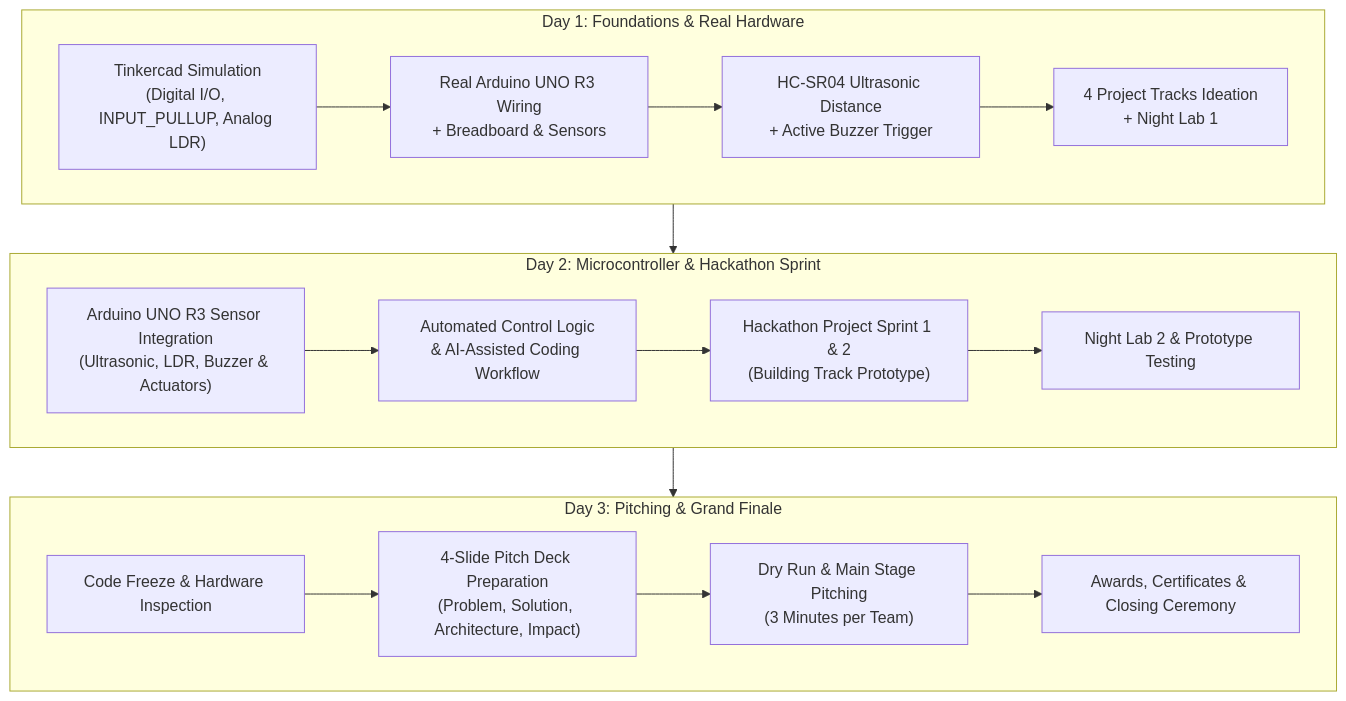
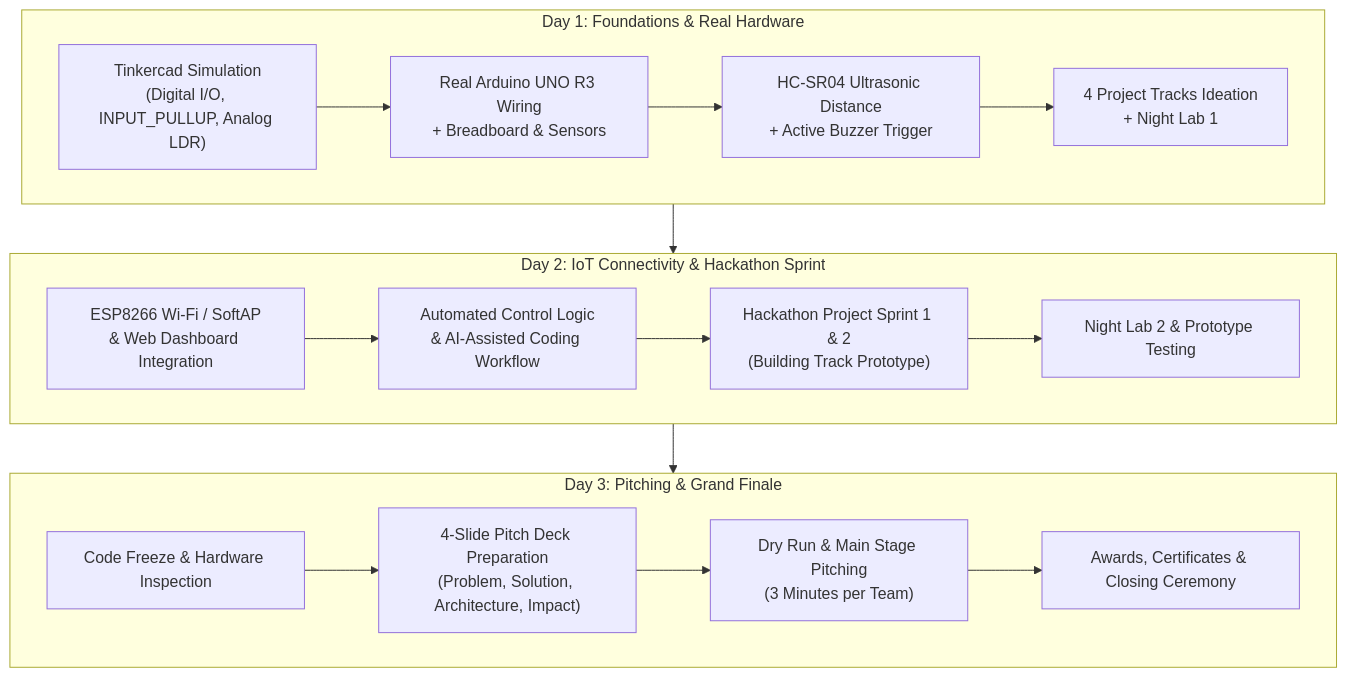
The diagram in HANDOFF.md (numcayX2/Comcamp-25th), drawn with Mermaid before and after one commit. The commit also changed other lines of this file and 21 other files, not shown here.

````diff
--- a/HANDOFF.md
+++ b/HANDOFF.md
@@ -96,22 +96,22 @@
 ```mermaid
 flowchart TD
     subgraph Day1["Day 1: Foundations & Real Hardware"]
         D1A["Tinkercad Simulation<br/>(Digital I/O, INPUT_PULLUP, Analog LDR)"] --> D1B["Real Arduino UNO R3 Wiring<br/>+ Breadboard & Sensors"]
         D1B --> D1C["HC-SR04 Ultrasonic Distance<br/>+ Active Buzzer Trigger"]
         D1C --> D1D["4 Project Tracks Ideation<br/>+ Night Lab 1"]
     end
 
-    subgraph Day2["Day 2: Microcontroller & Hackathon Sprint"]
-        D2A["Arduino UNO R3 Sensor Integration<br/>(Ultrasonic, LDR, Buzzer & Actuators)"] --> D2B["Automated Control Logic<br/>& AI-Assisted Coding Workflow"]
+    subgraph Day2["Day 2: IoT Connectivity & Hackathon Sprint"]
+        D2A["ESP8266 Wi-Fi / SoftAP<br/>& Web Dashboard Integration"] --> D2B["Automated Control Logic<br/>& AI-Assisted Coding Workflow"]
         D2B --> D2C["Hackathon Project Sprint 1 & 2<br/>(Building Track Prototype)"]
         D2C --> D2D["Night Lab 2 & Prototype Testing"]
     end
 
     subgraph Day3["Day 3: Pitching & Grand Finale"]
         D3A["Code Freeze & Hardware Inspection"] --> D3B["4-Slide Pitch Deck Preparation<br/>(Problem, Solution, Architecture, Impact)"]
         D3B --> D3C["Dry Run & Main Stage Pitching<br/>(3 Minutes per Team)"]
         D3C --> D3D["Awards, Certificates & Closing Ceremony"]
     end
 
     Day1 --> Day2 --> Day3
 ```
````
